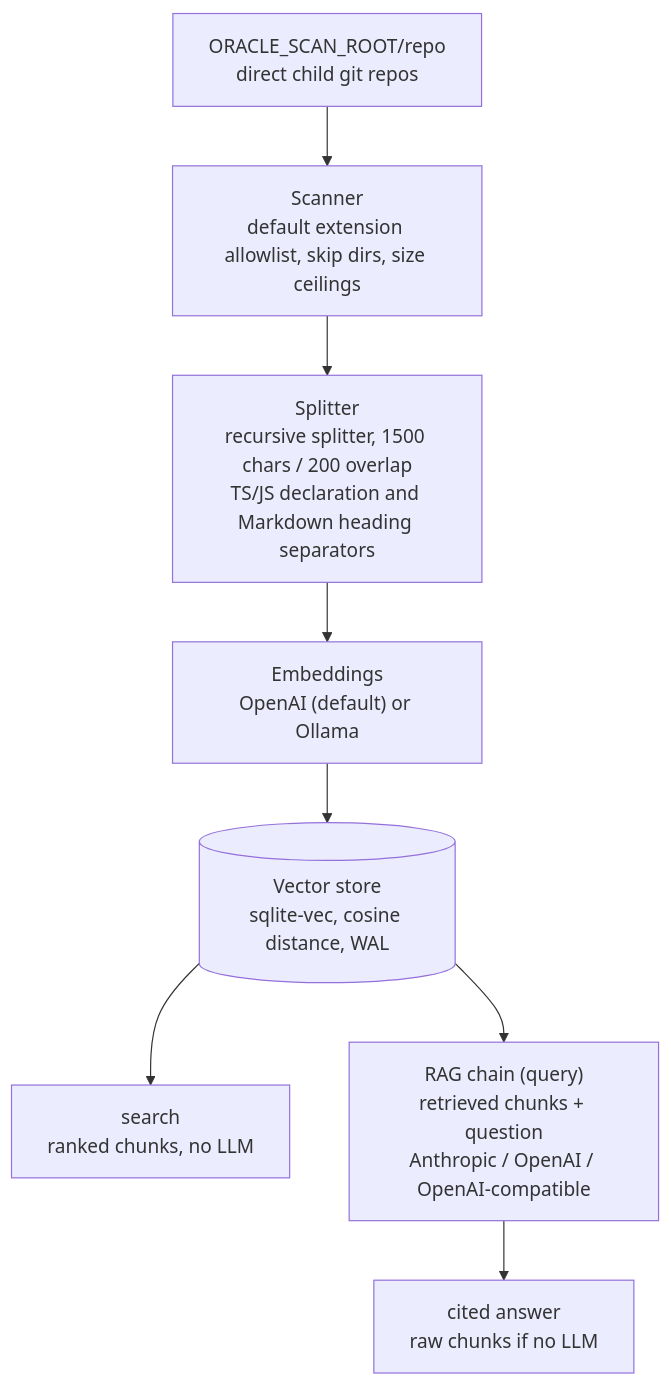
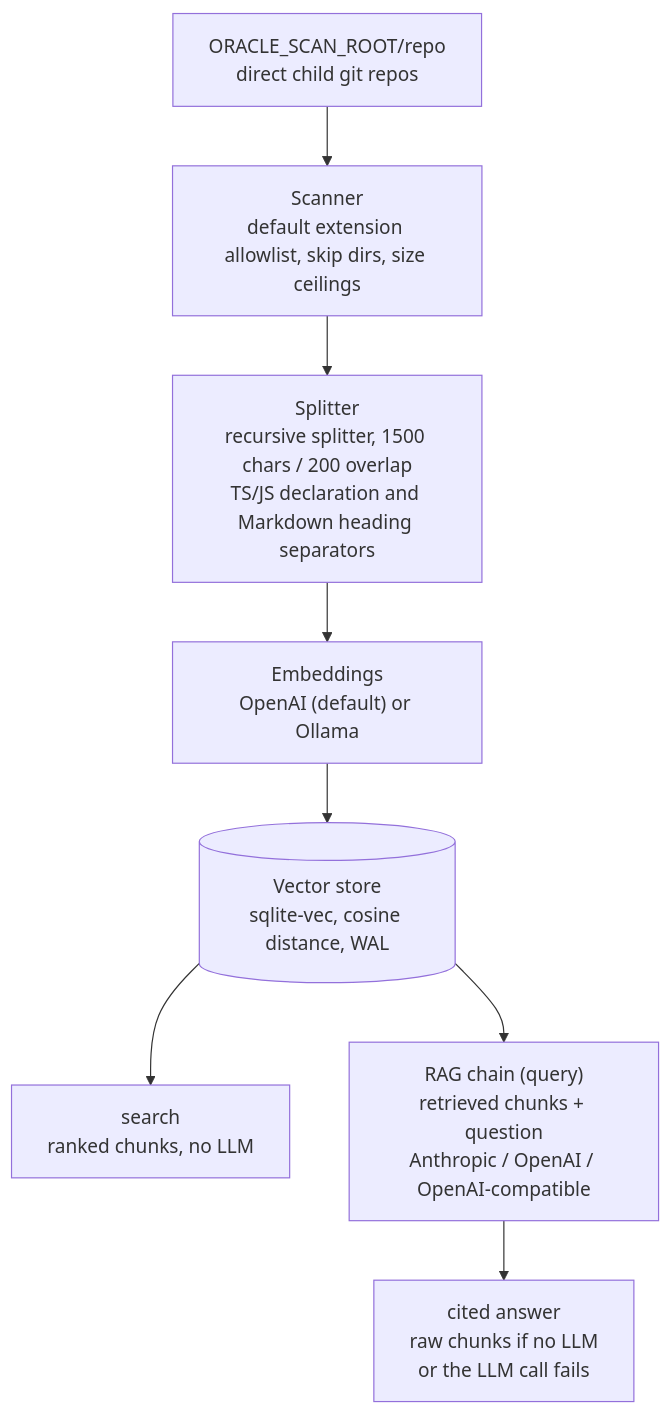
The second of 2 diagrams in docs/architecture.md (LanNguyenSi/codebase-oracle), drawn with Mermaid before and after one commit. The commit also changed other lines of this file and 2 other files, not shown here.

First line of the commit message:
docs: clarify HTTP registration, legacy Ollama fallbacks and diagram edges

````diff
--- a/docs/architecture.md
+++ b/docs/architecture.md
@@ -59,14 +61,14 @@
 ```mermaid
 flowchart TD
   ROOT["ORACLE_SCAN_ROOT/repo<br/>direct child git repos"]
   SCANNER["Scanner<br/>default extension allowlist, skip dirs, size ceilings"]
   SPLITTER["Splitter<br/>recursive splitter, 1500 chars / 200 overlap<br/>TS/JS declaration and Markdown heading separators"]
   EMBED["Embeddings<br/>OpenAI (default) or Ollama"]
   STORE[("Vector store<br/>sqlite-vec, cosine distance, WAL")]
   SEARCHP["search<br/>ranked chunks, no LLM"]
   RAG["RAG chain (query)<br/>retrieved chunks + question<br/>Anthropic / OpenAI / OpenAI-compatible"]
-  ANSWER["cited answer<br/>raw chunks if no LLM"]
+  ANSWER["cited answer<br/>raw chunks if no LLM<br/>or the LLM call fails"]
   ROOT --> SCANNER --> SPLITTER --> EMBED --> STORE
   STORE --> SEARCHP
   STORE --> RAG --> ANSWER
 ```
````
